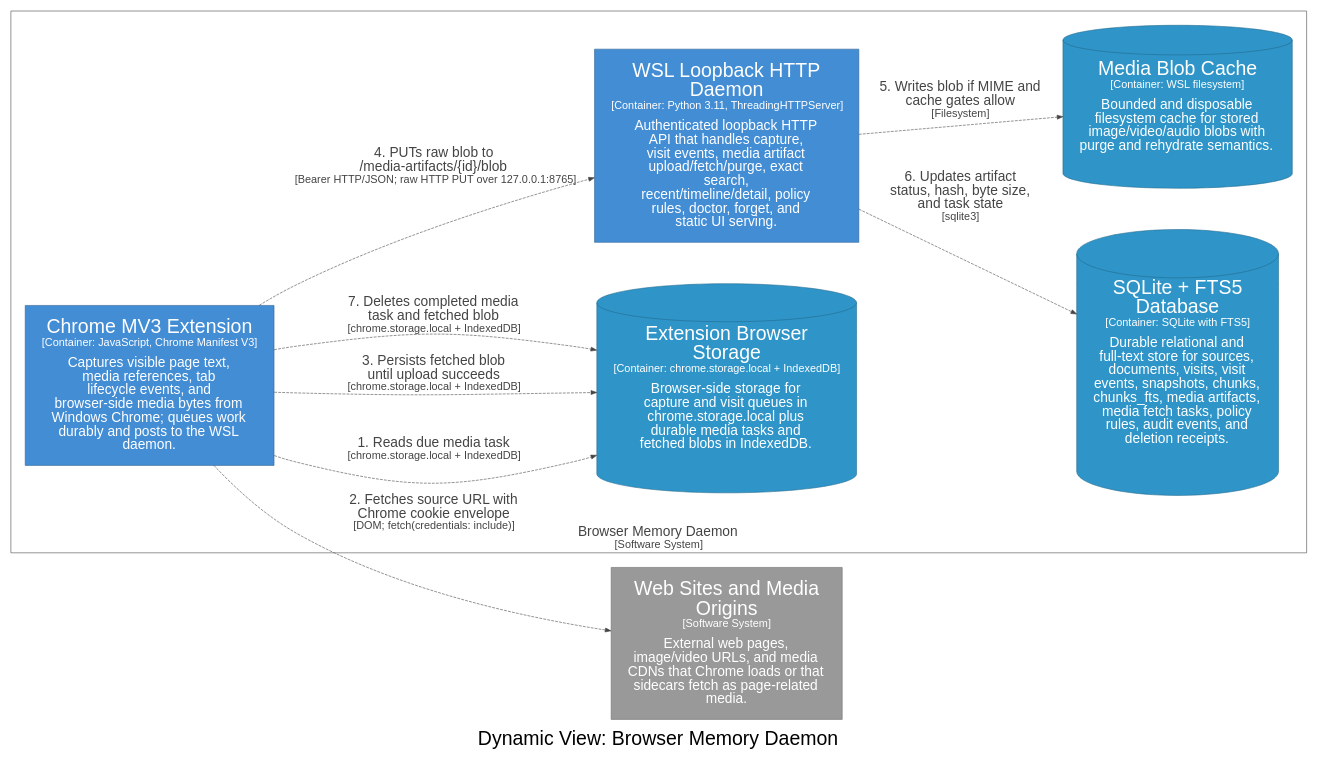
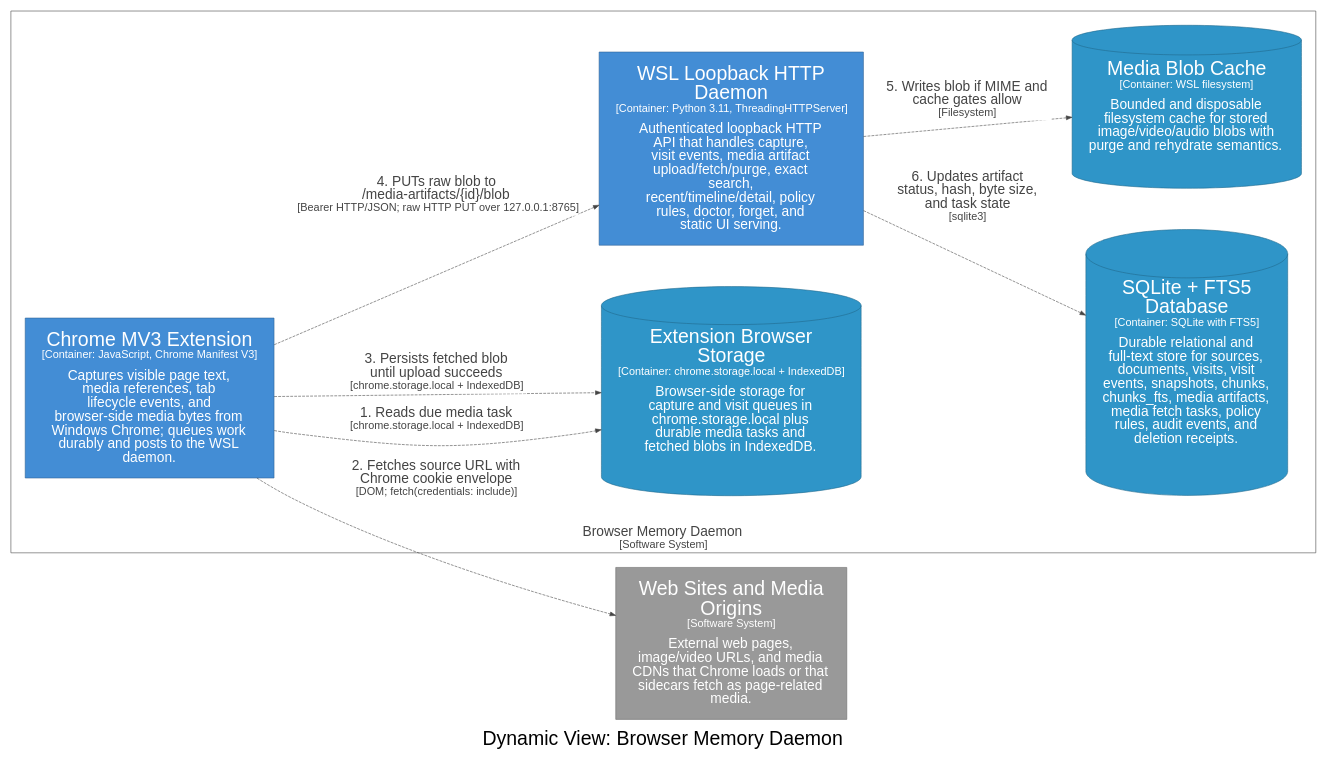
The diagram in architecture/diagrams/dot/structurizr-CredentialedMediaSidecarFlow.dot (michaelnicks0/browser-memory-daemon), drawn with Graphviz before and after one commit. The commit also changed 83 other files, not shown here.

Commit message:
docs: clean C4 diagram renders

```diff
--- a/architecture/diagrams/dot/structurizr-CredentialedMediaSidecarFlow.dot
+++ b/architecture/diagrams/dot/structurizr-CredentialedMediaSidecarFlow.dot
@@ -1,33 +1,32 @@
 digraph {
   compound=true
   graph [fontname="Arial", rankdir=LR, ranksep=1.0, nodesep=1.0]
   node [fontname="Arial", shape=box, margin="0.4,0.3"]
   edge [fontname="Arial"]
   label=<<br /><font point-size="34">Dynamic View: Browser Memory Daemon</font>>
 
   subgraph cluster_4 {
     margin=25
     label=<<font point-size="24"><br />Browser Memory Daemon</font><br /><font point-size="19">[Software System]</font>>
     labelloc=b
     color="#444444"
     fontcolor="#444444"
     fillcolor="#444444"
 
     13 [id=13,shape=cylinder, label=<<font point-size="34">Extension Browser<br />Storage</font><br /><font point-size="19">[Container: chrome.storage.local + IndexedDB]</font><br /><br /><font point-size="24">Browser-side storage for<br />capture and visit queues in<br />chrome.storage.local plus<br />durable media tasks and<br />fetched blobs in IndexedDB.</font>>, style=filled, color="#20688c", fillcolor="#2f95c8", fontcolor="#ffffff"]
     14 [id=14,shape=rect, label=<<font point-size="34">WSL Loopback HTTP<br />Daemon</font><br /><font point-size="19">[Container: Python 3.11, ThreadingHTTPServer]</font><br /><br /><font point-size="24">Authenticated loopback HTTP<br />API that handles capture,<br />visit events, media artifact<br />upload/fetch/purge, exact<br />search,<br />recent/timeline/detail, policy<br />rules, doctor, forget, and<br />static UI serving.</font>>, style=filled, color="#2e6295", fillcolor="#438dd5", fontcolor="#ffffff"]
     27 [id=27,shape=cylinder, label=<<font point-size="34">SQLite + FTS5<br />Database</font><br /><font point-size="19">[Container: SQLite with FTS5]</font><br /><br /><font point-size="24">Durable relational and<br />full-text store for sources,<br />documents, visits, visit<br />events, snapshots, chunks,<br />chunks_fts, media artifacts,<br />media fetch tasks, policy<br />rules, audit events, and<br />deletion receipts.</font>>, style=filled, color="#20688c", fillcolor="#2f95c8", fontcolor="#ffffff"]
     29 [id=29,shape=cylinder, label=<<font point-size="34">Media Blob Cache</font><br /><font point-size="19">[Container: WSL filesystem]</font><br /><br /><font point-size="24">Bounded and disposable<br />filesystem cache for stored<br />image/video/audio blobs with<br />purge and rehydrate semantics.</font>>, style=filled, color="#20688c", fillcolor="#2f95c8", fontcolor="#ffffff"]
     5 [id=5,shape=rect, label=<<font point-size="34">Chrome MV3 Extension</font><br /><font point-size="19">[Container: JavaScript, Chrome Manifest V3]</font><br /><br /><font point-size="24">Captures visible page text,<br />media references, tab<br />lifecycle events, and<br />browser-side media bytes from<br />Windows Chrome; queues work<br />durably and posts to the WSL<br />daemon.</font>>, style=filled, color="#2e6295", fillcolor="#438dd5", fontcolor="#ffffff"]
   }
 
   3 [id=3,shape=rect, label=<<font point-size="34">Web Sites and Media<br />Origins</font><br /><font point-size="19">[Software System]</font><br /><br /><font point-size="24">External web pages,<br />image/video URLs, and media<br />CDNs that Chrome loads or that<br />sidecars fetch as page-related<br />media.</font>>, style=filled, color="#6b6b6b", fillcolor="#999999", fontcolor="#ffffff"]
 
-  5 -> 13 [id=37, label=<<font point-size="24">1. Reads due media task</font><br /><font point-size="19">[chrome.storage.local + IndexedDB]</font>>, style="dashed", color="#444444", fontcolor="#444444"]
-  5 -> 3 [id=36, label=<<font point-size="24">2. Fetches source URL with<br />Chrome cookie envelope</font><br /><font point-size="19">[DOM; fetch(credentials: include)]</font>>, style="dashed", color="#444444", fontcolor="#444444"]
-  5 -> 13 [id=37, label=<<font point-size="24">3. Persists fetched blob<br />until upload succeeds</font><br /><font point-size="19">[chrome.storage.local + IndexedDB]</font>>, style="dashed", color="#444444", fontcolor="#444444"]
-  5 -> 14 [id=38, label=<<font point-size="24">4. PUTs raw blob to<br />/media-artifacts/{id}/blob</font><br /><font point-size="19">[Bearer HTTP/JSON; raw HTTP PUT over 127.0.0.1:8765]</font>>, style="dashed", color="#444444", fontcolor="#444444"]
-  14 -> 29 [id=45, label=<<font point-size="24">5. Writes blob if MIME and<br />cache gates allow</font><br /><font point-size="19">[Filesystem]</font>>, style="dashed", color="#444444", fontcolor="#444444"]
-  14 -> 27 [id=43, label=<<font point-size="24">6. Updates artifact<br />status, hash, byte size,<br />and task state</font><br /><font point-size="19">[sqlite3]</font>>, style="dashed", color="#444444", fontcolor="#444444"]
-  5 -> 13 [id=37, label=<<font point-size="24">7. Deletes completed media<br />task and fetched blob</font><br /><font point-size="19">[chrome.storage.local + IndexedDB]</font>>, style="dashed", color="#444444", fontcolor="#444444"]
+  5 -> 13 [id=37, label=<<TABLE BORDER="0" CELLBORDER="0" CELLSPACING="0" CELLPADDING="4" BGCOLOR="white"><TR><TD><font point-size="24">1. Reads due media task</font><br /><font point-size="19">[chrome.storage.local + IndexedDB]</font></TD></TR></TABLE>>, style="dashed", color="#444444", fontcolor="#444444"]
+  5 -> 3 [id=36, label=<<TABLE BORDER="0" CELLBORDER="0" CELLSPACING="0" CELLPADDING="4" BGCOLOR="white"><TR><TD><font point-size="24">2. Fetches source URL with<br />Chrome cookie envelope</font><br /><font point-size="19">[DOM; fetch(credentials: include)]</font></TD></TR></TABLE>>, style="dashed", color="#444444", fontcolor="#444444"]
+  5 -> 13 [id=37, label=<<TABLE BORDER="0" CELLBORDER="0" CELLSPACING="0" CELLPADDING="4" BGCOLOR="white"><TR><TD><font point-size="24">3. Persists fetched blob<br />until upload succeeds</font><br /><font point-size="19">[chrome.storage.local + IndexedDB]</font></TD></TR></TABLE>>, style="dashed", color="#444444", fontcolor="#444444"]
+  5 -> 14 [id=38, label=<<TABLE BORDER="0" CELLBORDER="0" CELLSPACING="0" CELLPADDING="4" BGCOLOR="white"><TR><TD><font point-size="24">4. PUTs raw blob to<br />/media-artifacts/{id}/blob</font><br /><font point-size="19">[Bearer HTTP/JSON; raw HTTP PUT over 127.0.0.1:8765]</font></TD></TR></TABLE>>, style="dashed", color="#444444", fontcolor="#444444"]
+  14 -> 29 [id=45, label=<<TABLE BORDER="0" CELLBORDER="0" CELLSPACING="0" CELLPADDING="4" BGCOLOR="white"><TR><TD><font point-size="24">5. Writes blob if MIME and<br />cache gates allow</font><br /><font point-size="19">[Filesystem]</font></TD></TR></TABLE>>, style="dashed", color="#444444", fontcolor="#444444"]
+  14 -> 27 [id=43, label=<<TABLE BORDER="0" CELLBORDER="0" CELLSPACING="0" CELLPADDING="4" BGCOLOR="white"><TR><TD><font point-size="24">6. Updates artifact<br />status, hash, byte size,<br />and task state</font><br /><font point-size="19">[sqlite3]</font></TD></TR></TABLE>>, style="dashed", color="#444444", fontcolor="#444444"]
 
 }
```
